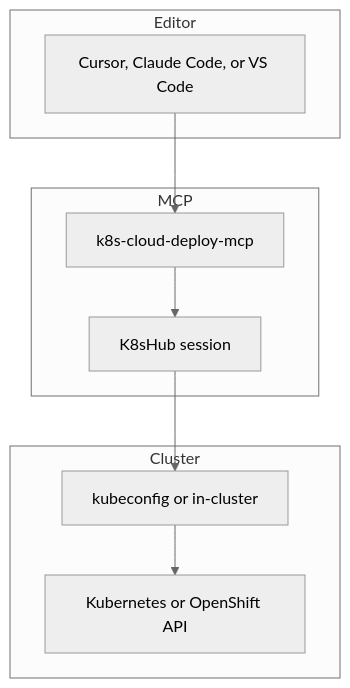
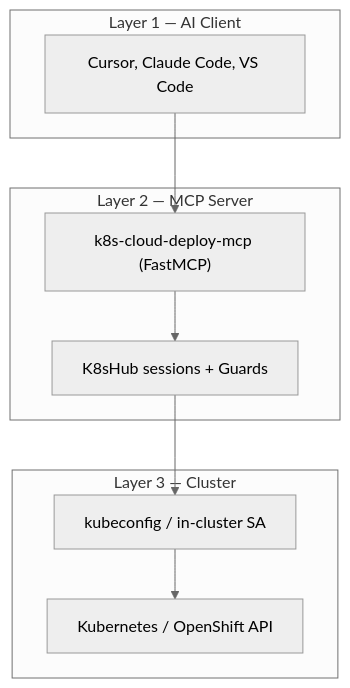
Before and after one commit to Pawangunjkar/k8s-mcp: the diagram in README.md, drawn with Mermaid (neutral theme). The commit also changed other lines of this file and 21 other files, not shown here.

Commit message:
refactor: move k8s_cloud_deploy_mcp under src/ and clean README and configs

````diff
--- a/README.md
+++ b/README.md
@@ -32,15 +26,15 @@
 ```mermaid
 flowchart TB
-  subgraph L1["Editor"]
-    IDE["Cursor, Claude Code, or VS Code"]
+  subgraph L1["Layer 1 — AI Client"]
+    IDE["Cursor, Claude Code, VS Code"]
   end
-  subgraph L2["MCP"]
-    SRV["k8s-cloud-deploy-mcp"]
-    HUB["K8sHub session"]
+  subgraph L2["Layer 2 — MCP Server"]
+    SRV["k8s-cloud-deploy-mcp (FastMCP)"]
+    HUB["K8sHub sessions + Guards"]
   end
-  subgraph L3["Cluster"]
-    CFG["kubeconfig or in-cluster"]
-    API["Kubernetes or OpenShift API"]
+  subgraph L3["Layer 3 — Cluster"]
+    CFG["kubeconfig / in-cluster SA"]
+    API["Kubernetes / OpenShift API"]
   end
   IDE --> SRV --> HUB --> CFG --> API
 ```
````
